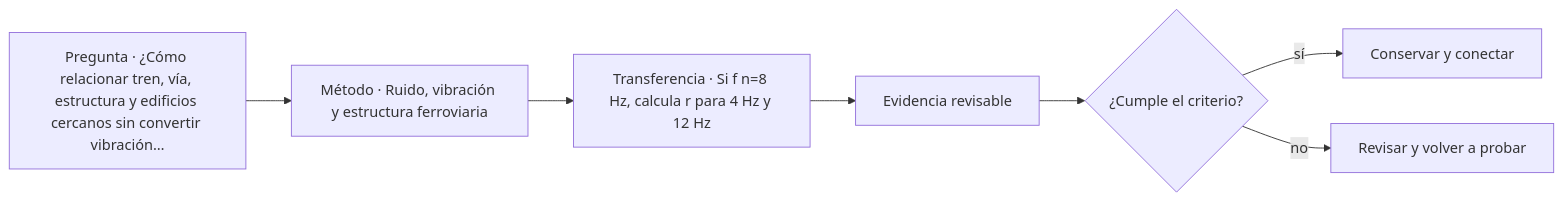
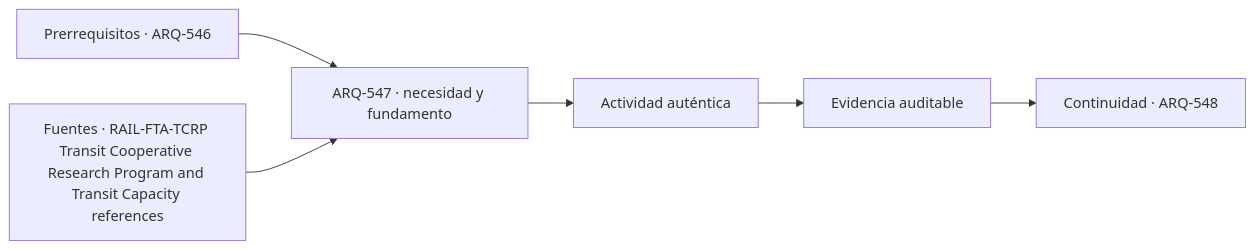
One commit to vladimiracunadev-create/architecture-built-environment-learning-program changed the diagram in classes/parte-55/ARQ-547.md. Above: the diagram before and after it, drawn with Mermaid. The commit also changed other lines of this file and 761 other files, not shown here.

````diff
--- a/classes/parte-55/ARQ-547.md
+++ b/classes/parte-55/ARQ-547.md
@@ -95,9 +107,8 @@
 ```mermaid
 flowchart LR
-    Q["Pregunta · ¿Cómo relacionar tren, vía, estructura y edificios cercanos sin convertir vibración…"] --> M["Método · Ruido, vibración y estructura ferroviaria"]
-    M --> P["Transferencia · Si f n=8 Hz, calcula r para 4 Hz y 12 Hz"]
-    P --> E["Evidencia revisable"]
-    E --> C{"¿Cumple el criterio?"}
-    C -->|sí| T["Conservar y conectar"]
-    C -->|no| R["Revisar y volver a probar"]
+    A["Prerrequisitos · ARQ-546"] --> B["ARQ-547 · necesidad y fundamento"]
+    S["Fuentes · RAIL-FTA-TCRP Transit Cooperative Research Program and Transit Capacity references"] --> B
+    B --> C["Actividad auténtica"]
+    C --> D["Evidencia auditable"]
+    D --> E["Continuidad · ARQ-548"]
 ```
````
